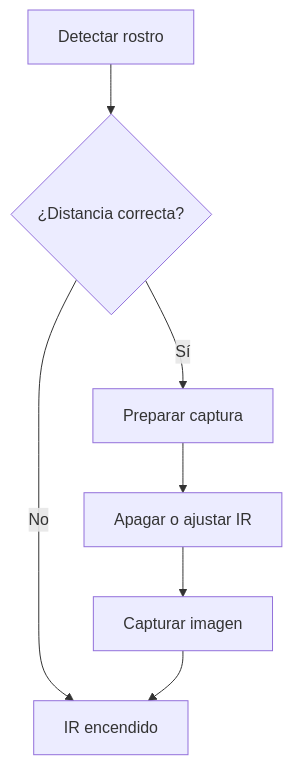
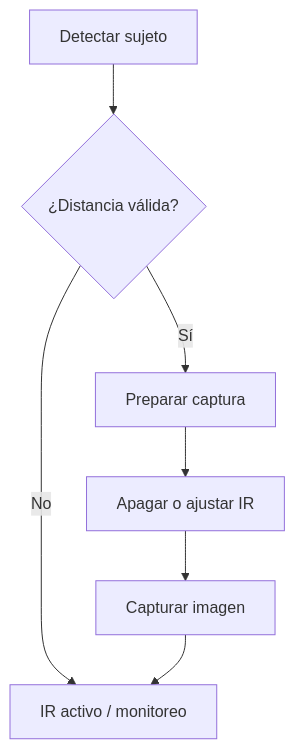
One commit to LuisCasas23-cell/Clasificaci-n-de-v-deo-RGB-y-termogr-fico-mediante-redes-convolucionales-siamesas changed the second of 3 diagrams in README.md. Above: the diagram before and after it, drawn with Mermaid. The commit also changed other lines of this file, not shown here.

````diff
--- a/README.md
+++ b/README.md
@@ -240,9 +501,9 @@
 ```mermaid
 flowchart TD
-    A[Detectar rostro] --> B{¿Distancia correcta?}
-    B -- No --> C[IR encendido]
+    A[Detectar sujeto] --> B{¿Distancia válida?}
+    B -- No --> C[IR activo / monitoreo]
     B -- Sí --> D[Preparar captura]
     D --> E[Apagar o ajustar IR]
     E --> F[Capturar imagen]
     F --> C
 ```
````
